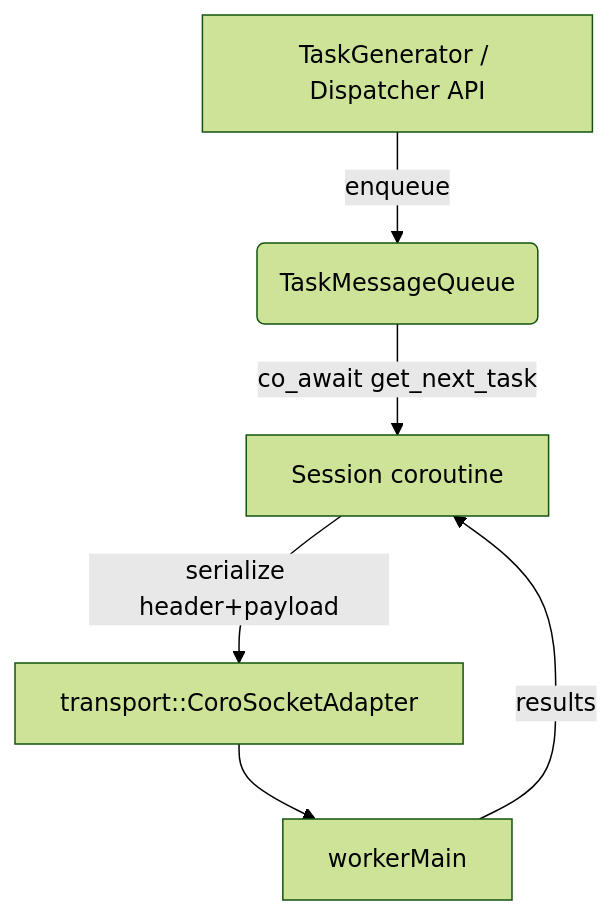
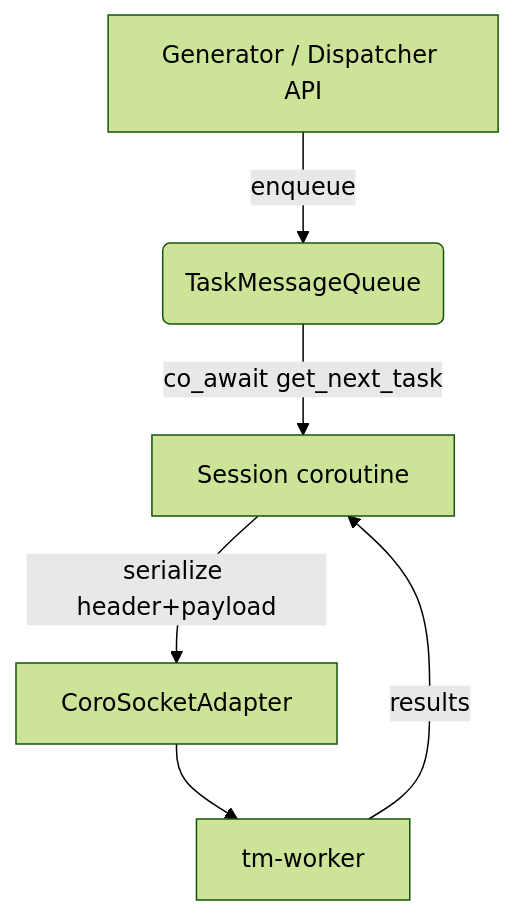
One commit to ilya-yusim/task-messenger changed the first of 2 diagrams in message/README.md. Above: the diagram before and after it, drawn with Mermaid (forest theme). The commit also changed other lines of this file and 62 other files, not shown here.

````diff
--- a/message/README.md
+++ b/message/README.md
@@ -18,8 +29,8 @@
 ```mermaid
 graph TD
-    TG[TaskGenerator / Dispatcher API] -->|enqueue| Pool(TaskMessageQueue)
-    Pool -->|co_await get_next_task| Session[Session coroutine]
-    Session -->|serialize header+payload| Transport[transport::CoroSocketAdapter]
-    Transport --> Worker[workerMain]
+    TG[Generator / Dispatcher API] -->|enqueue| Queue(TaskMessageQueue)
+    Queue -->|co_await get_next_task| Session[Session coroutine]
+    Session -->|serialize header+payload| Transport[CoroSocketAdapter]
+    Transport --> Worker[tm-worker]
     Worker -->|results| Session
 ```
````
